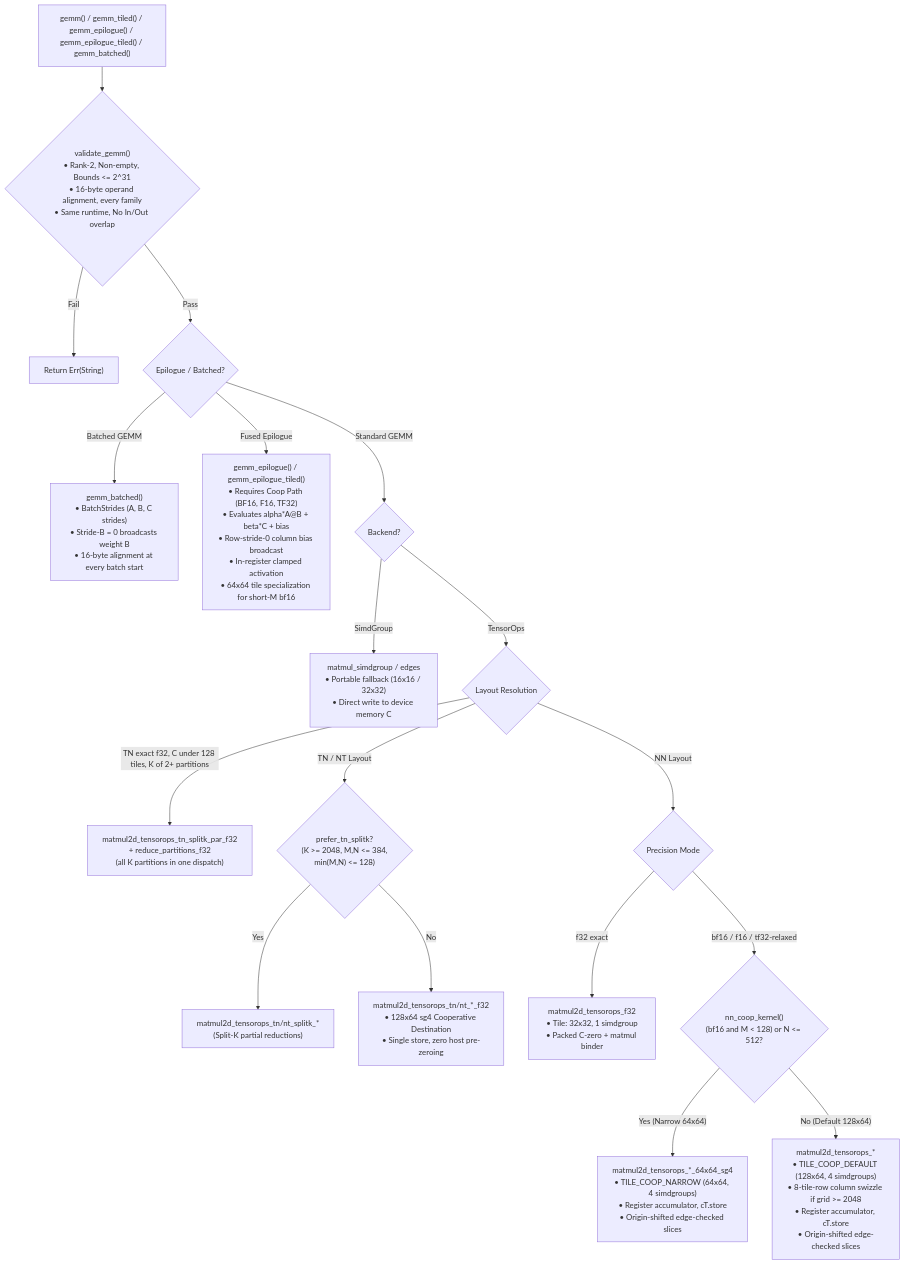
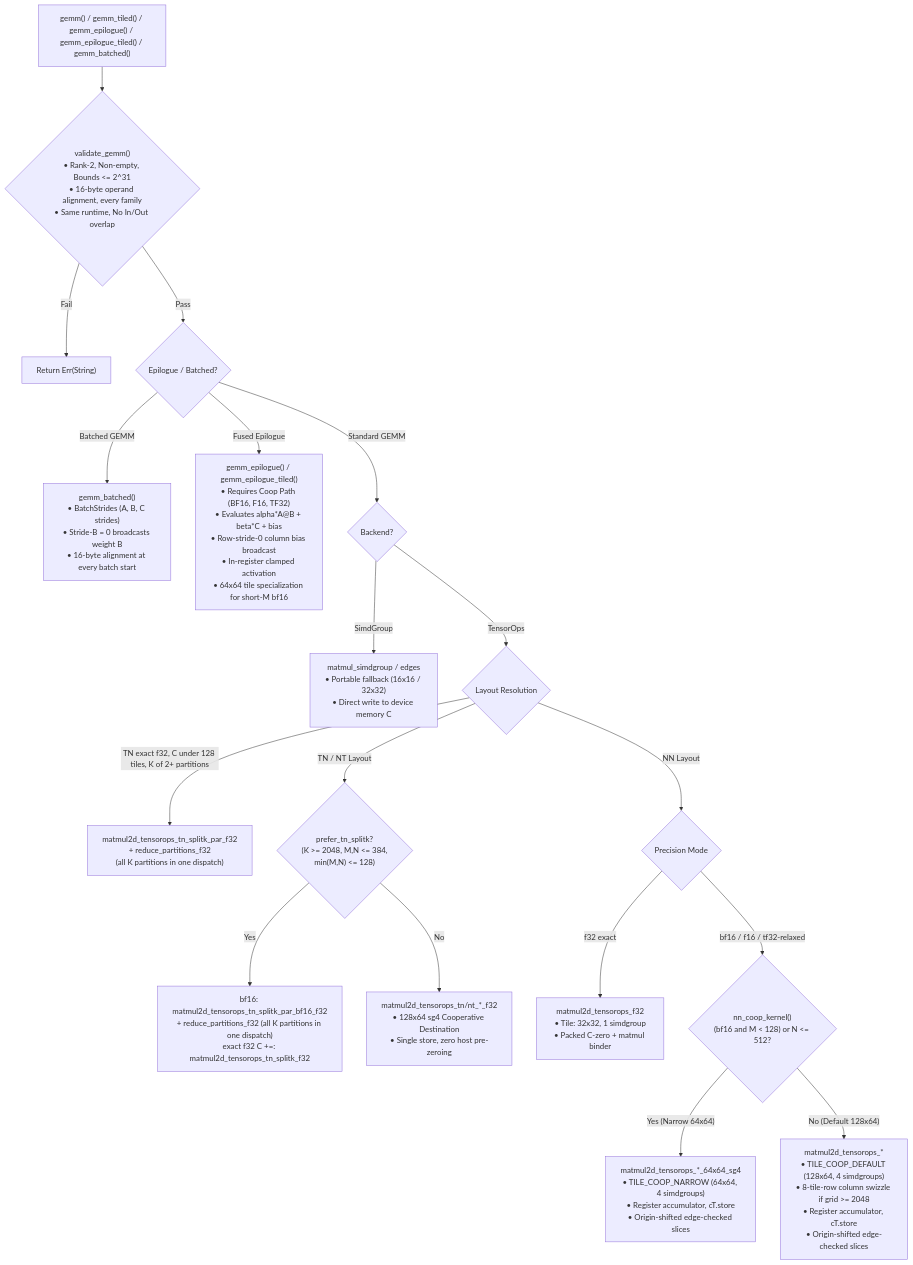
One commit to bharathvbcr/tessl changed the third of 4 diagrams in README.md. Above: the diagram before and after it, drawn with Mermaid. The commit also changed other lines of this file and 18 other files, not shown here.

First line of the commit message:
gemm: bf16 parallel split-K for the dW shapes; one coop tile rule for plain, epilogue and batched

````diff
--- a/README.md
+++ b/README.md
@@ -226,28 +226,28 @@
 ```mermaid
 flowchart TD
     Start["gemm() / gemm_tiled() / gemm_epilogue() / gemm_epilogue_tiled() / gemm_batched()"] --> Validate{"validate_gemm()<br/>• Rank-2, Non-empty, Bounds &lt;= 2^31<br/>• 16-byte operand alignment, every family<br/>• Same runtime, No In/Out overlap"}
     Validate -- Fail --> Err["Return Err(String)"]
     Validate -- Pass --> EpilogueCheck{"Epilogue / Batched?"}
 
     EpilogueCheck -- "Batched GEMM" --> BatchedDispatch["gemm_batched()<br/>• BatchStrides (A, B, C strides)<br/>• Stride-B = 0 broadcasts weight B<br/>• 16-byte alignment at every batch start"]
     EpilogueCheck -- "Fused Epilogue" --> EpilogueDispatch["gemm_epilogue() / gemm_epilogue_tiled()<br/>• Requires Coop Path (BF16, F16, TF32)<br/>• Evaluates alpha*A@B + beta*C + bias<br/>• Row-stride-0 column bias broadcast<br/>• In-register clamped activation<br/>• 64x64 tile specialization for short-M bf16"]
     EpilogueCheck -- "Standard GEMM" --> BackendCheck{"Backend?"}
 
     BackendCheck -- SimdGroup --> SimdGroupKernel["matmul_simdgroup / edges<br/>• Portable fallback (16x16 / 32x32)<br/>• Direct write to device memory C"]
     BackendCheck -- TensorOps --> LayoutCheck{"Layout Resolution"}
 
     LayoutCheck -- "TN exact f32, C under 128 tiles, K of 2+ partitions" --> ParTN["matmul2d_tensorops_tn_splitk_par_f32<br/>+ reduce_partitions_f32<br/>(all K partitions in one dispatch)"]
     LayoutCheck -- "TN / NT Layout" --> SplitKCheck{"prefer_tn_splitk?<br/>(K &gt;= 2048, M,N &lt;= 384,<br/>min(M,N) &lt;= 128)"}
-    SplitKCheck -- Yes --> SplitKKernel["matmul2d_tensorops_tn/nt_splitk_*<br/>(Split-K partial reductions)"]
+    SplitKCheck -- Yes --> SplitKKernel["bf16: matmul2d_tensorops_tn_splitk_par_bf16_f32<br/>+ reduce_partitions_f32 (all K partitions in one dispatch)<br/>exact f32 C +=: matmul2d_tensorops_tn_splitk_f32"]
     SplitKCheck -- No --> CoopTN["matmul2d_tensorops_tn/nt_*_f32<br/>• 128x64 sg4 Cooperative Destination<br/>• Single store, zero host pre-zeroing"]
 
     LayoutCheck -- "NN Layout" --> PrecisionCheck{"Precision Mode"}
     
     PrecisionCheck -- "f32 exact" --> F32Exact["matmul2d_tensorops_f32<br/>• Tile: 32x32, 1 simdgroup<br/>• Packed C-zero + matmul binder"]
     
     PrecisionCheck -- "bf16 / f16 / tf32-relaxed" --> NNTable{"nn_coop_kernel()<br/>(bf16 and M &lt; 128) or N &lt;= 512?"}
     
     NNTable -- "Yes (Narrow 64x64)" --> NNNarrow["matmul2d_tensorops_*_64x64_sg4<br/>• TILE_COOP_NARROW (64x64, 4 simdgroups)<br/>• Register accumulator, cT.store<br/>• Origin-shifted edge-checked slices"]
     
     NNTable -- "No (Default 128x64)" --> NNDefault["matmul2d_tensorops_*<br/>• TILE_COOP_DEFAULT (128x64, 4 simdgroups)<br/>• 8-tile-row column swizzle if grid &gt;= 2048<br/>• Register accumulator, cT.store<br/>• Origin-shifted edge-checked slices"]
 ```
````
